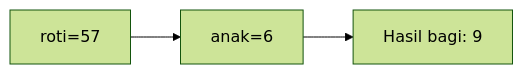
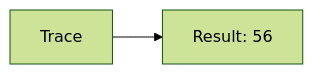
Before and after one commit to amnahwaida/OSNK_INF_PREP: diagram 14 of 25 in part-c-pemahaman-cpp/01-tipe-data/latihan/set-10.md, drawn with Mermaid (forest theme). The commit also changed other lines of this file and 71 other files, not shown here.

````diff
--- a/part-c-pemahaman-cpp/01-tipe-data/latihan/set-10.md
+++ b/part-c-pemahaman-cpp/01-tipe-data/latihan/set-10.md
@@ -449,5 +295,4 @@
 ```mermaid
 graph LR
-A["roti=57"] --> B["anak=6"]
-B --> C["Hasil bagi: 9"]
+A[Trace] --> B[Result: 56]
 ```
````
